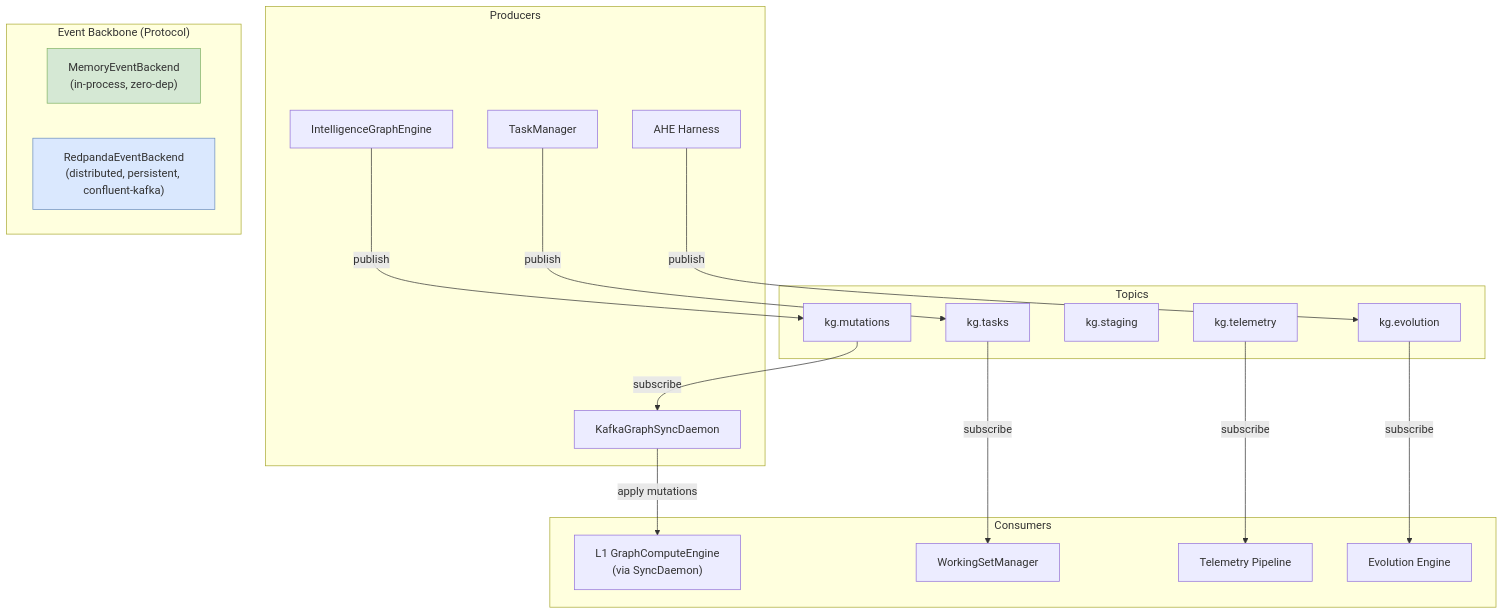
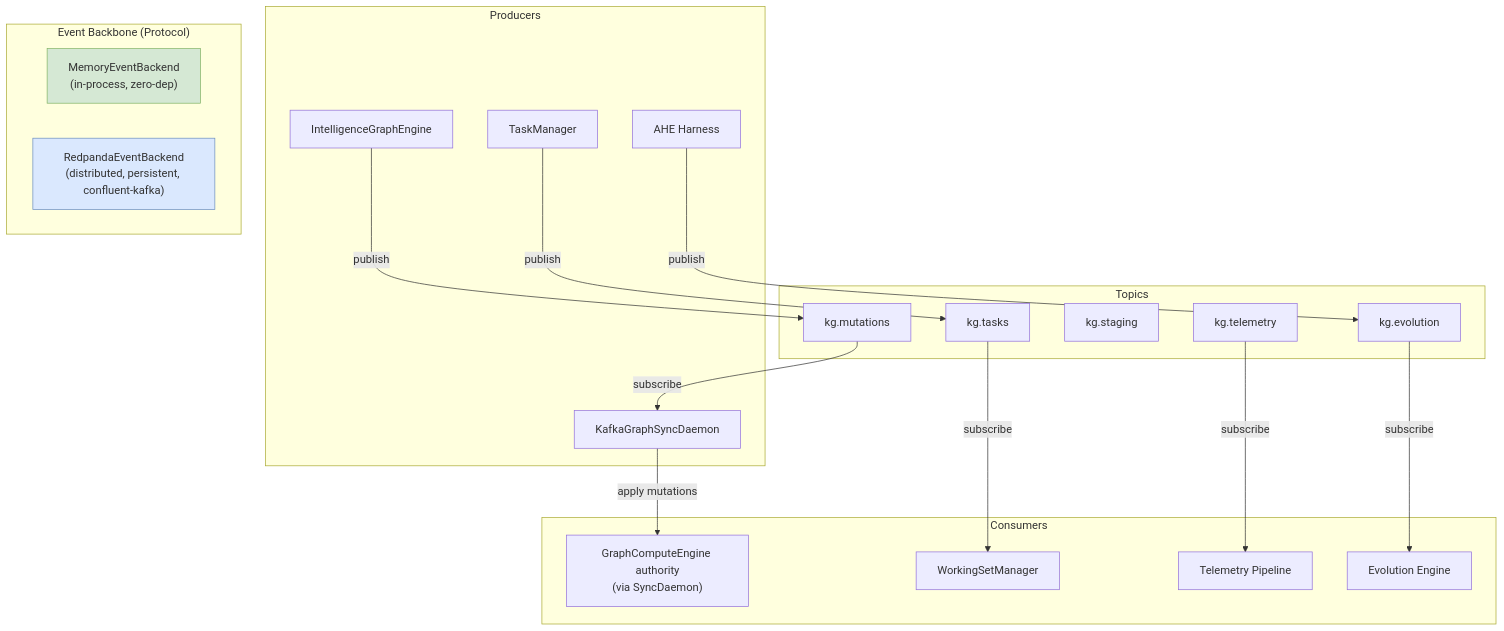
The first of 2 diagrams in docs/architecture/event_backbone_architecture.md (Knuckles-Team/agent-utilities), drawn with Mermaid before and after one commit. The commit also changed other lines of this file and 29 other files, not shown here.

````diff
--- a/docs/architecture/event_backbone_architecture.md
+++ b/docs/architecture/event_backbone_architecture.md
@@ -14,41 +14,41 @@
 ```mermaid
 graph TD
     subgraph Producers
         IGE["IntelligenceGraphEngine"]
         TM["TaskManager"]
         AHE["AHE Harness"]
         SYNC["KafkaGraphSyncDaemon"]
     end
 
     subgraph EventBackend["Event Backbone (Protocol)"]
         MEB["MemoryEventBackend<br/>(in-process, zero-dep)"]
         KEB["RedpandaEventBackend<br/>(distributed, persistent, confluent-kafka)"]
     end
 
     subgraph Topics
         T1["kg.mutations"]
         T2["kg.tasks"]
         T3["kg.staging"]
         T4["kg.telemetry"]
         T5["kg.evolution"]
     end
 
     subgraph Consumers
-        L1["L1 GraphComputeEngine<br/>(via SyncDaemon)"]
+        L1["GraphComputeEngine authority<br/>(via SyncDaemon)"]
         WSM["WorkingSetManager"]
         TELE["Telemetry Pipeline"]
         EVOL["Evolution Engine"]
     end
 
     IGE -->|publish| T1
     TM -->|publish| T2
     AHE -->|publish| T5
     T1 -->|subscribe| SYNC
     SYNC -->|apply mutations| L1
     T2 -->|subscribe| WSM
     T4 -->|subscribe| TELE
     T5 -->|subscribe| EVOL
 
     style MEB fill:#d5e8d4,stroke:#82b366
     style KEB fill:#dae8fe,stroke:#6c8ebf
 ```
````
